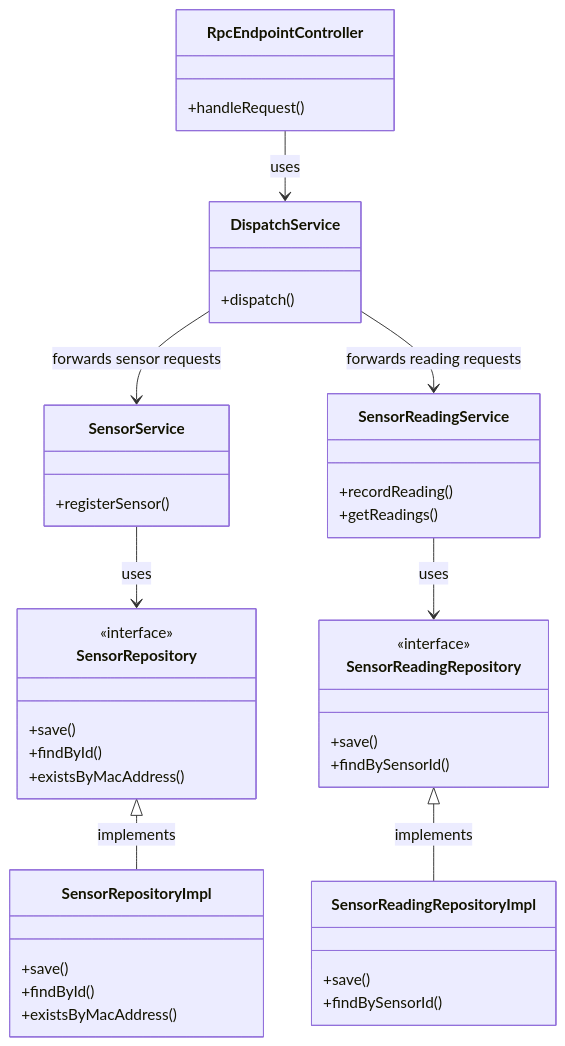
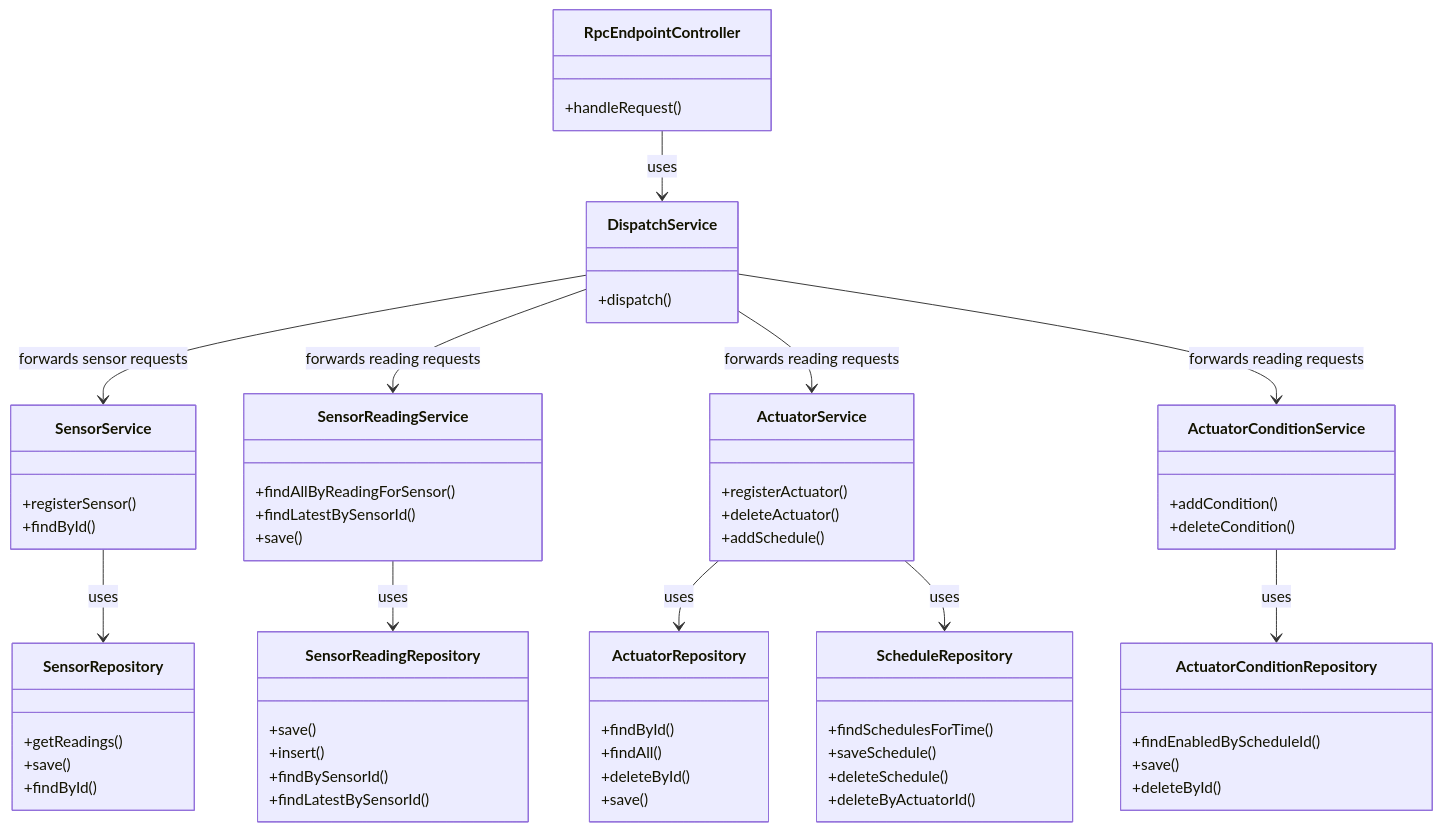
Before and after one commit to wodrobina/sensors-backend: the first of 2 diagrams in README.md, drawn with Mermaid. The commit also changed other lines of this file and 6 other files, not shown here.

````diff
--- a/README.md
+++ b/README.md
@@ -41,44 +42,66 @@
 ```mermaid
 classDiagram
     class RpcEndpointController {
         +handleRequest()
     }
     class DispatchService {
         +dispatch()
     }
     class SensorService {
         +registerSensor()
+        +findById()
+    }
+    class SensorRepository {
+        +getReadings()
+        +save()
+        +findById()
     }
     class SensorReadingService {
-        +recordReading()
-        +getReadings()
-    }
-    class SensorRepository {
-        <<interface>>
+        +findAllByReadingForSensor()
+        +findLatestBySensorId()
         +save()
-        +findById()
-        +existsByMacAddress()
-    }
-    class SensorRepositoryImpl {
-        +save()
-        +findById()
-        +existsByMacAddress()
     }
     class SensorReadingRepository {
-        <<interface>>
         +save()
+        +insert()
         +findBySensorId()
+        +findLatestBySensorId()
     }
-    class SensorReadingRepositoryImpl {
+    class ActuatorConditionService {
+        +addCondition()
+        +deleteCondition()
+    }
+    class ActuatorService {
+        +registerActuator()
+        +deleteActuator()
+        +addSchedule()
+    }
+    class ActuatorConditionRepository {
+        +findEnabledByScheduleId()
         +save()
-        +findBySensorId()
+        +deleteById()
     }
+    class ActuatorRepository {
+        +findById()
+        +findAll()
+        +deleteById()
+        +save()
+    }
+    class ScheduleRepository {
+        +findSchedulesForTime()
+        +saveSchedule()
+        +deleteSchedule()
+        +deleteByActuatorId()
+    }   
     
     RpcEndpointController --> DispatchService : uses
     DispatchService --> SensorService : forwards sensor requests
     DispatchService --> SensorReadingService : forwards reading requests
+    DispatchService --> ActuatorService : forwards reading requests
+    DispatchService --> ActuatorConditionService : forwards reading requests
     SensorService --> SensorRepository : uses
     SensorReadingService --> SensorReadingRepository : uses
-    SensorRepository <|-- SensorRepositoryImpl : implements
-    SensorReadingRepository <|-- SensorReadingRepositoryImpl : implements
+    ActuatorConditionService --> ActuatorConditionRepository : uses
+    ActuatorService --> ActuatorRepository : uses
+    ActuatorService --> ScheduleRepository : uses
 ```
````
